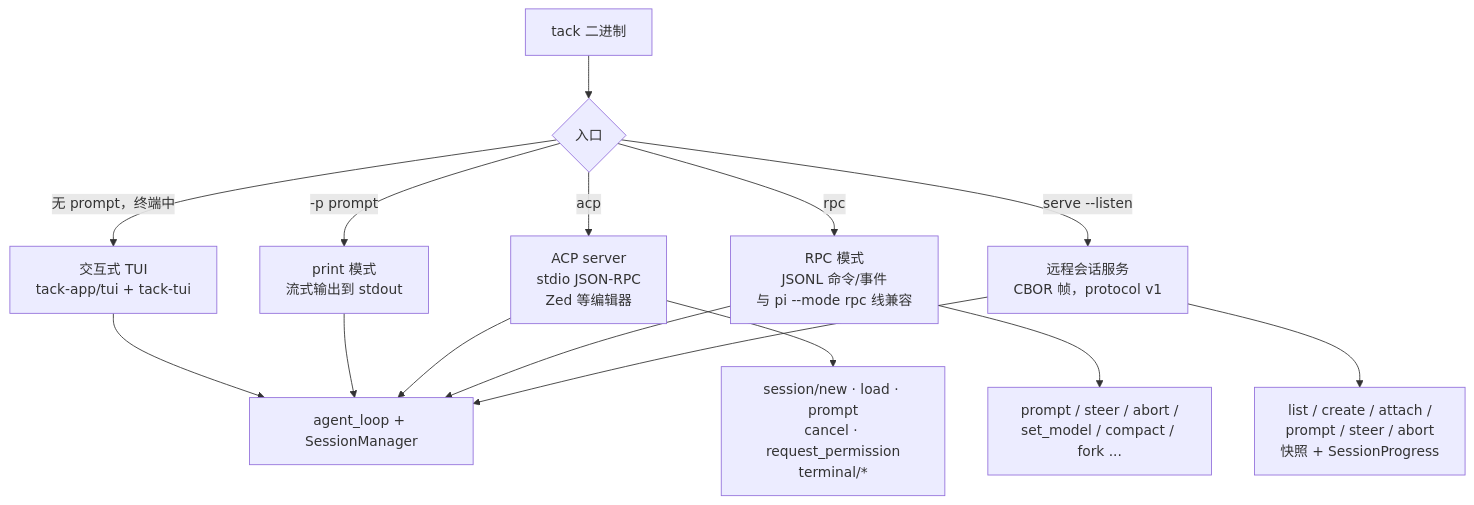
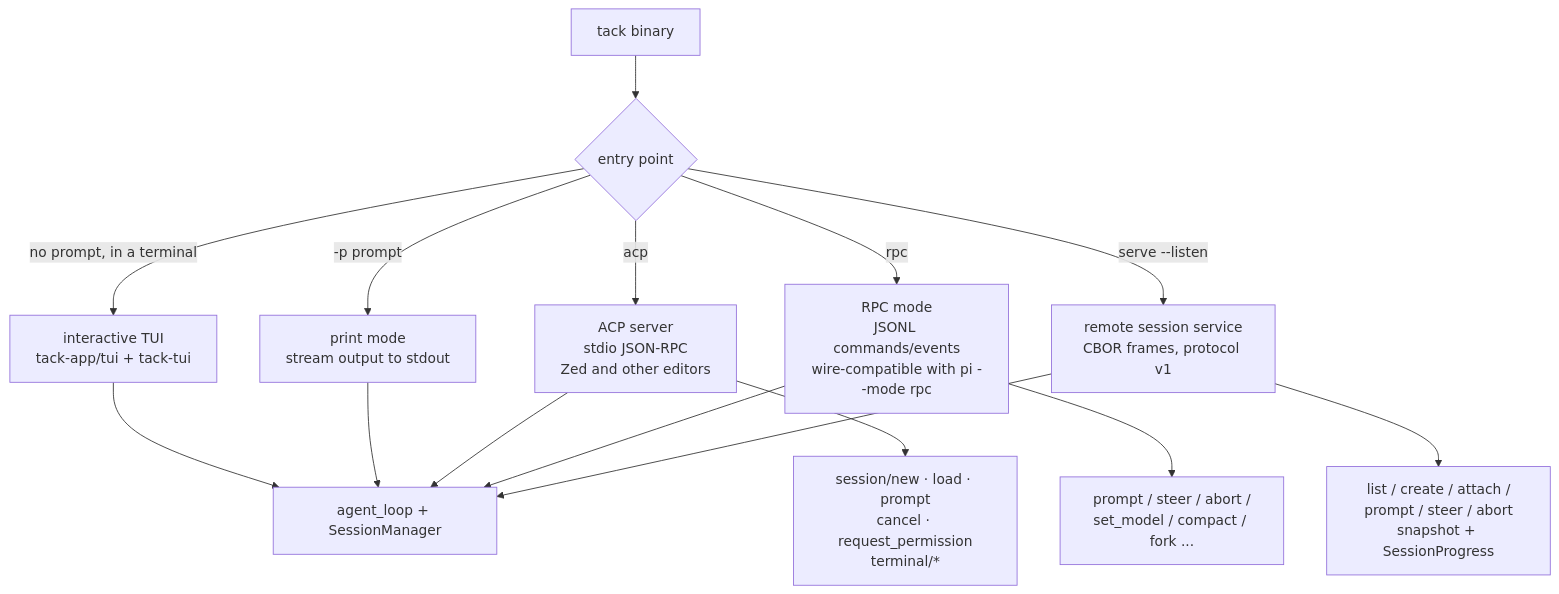
The eighth of 11 diagrams in docs/architecture.md (Tack-AI/tack), drawn with Mermaid before and after one commit. The commit also changed other lines of this file and 46 other files, not shown here.

````diff
--- a/docs/architecture.md
+++ b/docs/architecture.md
@@ -269,15 +279,15 @@
 ```mermaid
 flowchart TD
-    BIN[tack 二进制] --> MODE{入口}
-    MODE -->|无 prompt，终端中| TI[交互式 TUI<br/>tack-app/tui + tack-tui]
-    MODE -->|"-p prompt"| PM[print 模式<br/>流式输出到 stdout]
-    MODE -->|"acp"| AC[ACP server<br/>stdio JSON-RPC<br/>Zed 等编辑器]
-    MODE -->|"rpc"| RP[RPC 模式<br/>JSONL 命令/事件<br/>与 pi --mode rpc 线兼容]
-    MODE -->|"serve --listen"| SV[远程会话服务<br/>CBOR 帧，protocol v1]
+    BIN[tack binary] --> MODE{entry point}
+    MODE -->|no prompt, in a terminal| TI[interactive TUI<br/>tack-app/tui + tack-tui]
+    MODE -->|"-p prompt"| PM[print mode<br/>stream output to stdout]
+    MODE -->|"acp"| AC[ACP server<br/>stdio JSON-RPC<br/>Zed and other editors]
+    MODE -->|"rpc"| RP[RPC mode<br/>JSONL commands/events<br/>wire-compatible with pi --mode rpc]
+    MODE -->|"serve --listen"| SV[remote session service<br/>CBOR frames, protocol v1]
 
     AC --> SESS1[session/new · load · prompt<br/>cancel · request_permission<br/>terminal/*]
     RP --> SESS2[prompt / steer / abort /<br/>set_model / compact / fork ...]
-    SV --> SESS3[list / create / attach /<br/>prompt / steer / abort<br/>快照 + SessionProgress]
+    SV --> SESS3[list / create / attach /<br/>prompt / steer / abort<br/>snapshot + SessionProgress]
 
     TI & PM & AC & RP & SV --> CORE[agent_loop + SessionManager]
 ```
````
